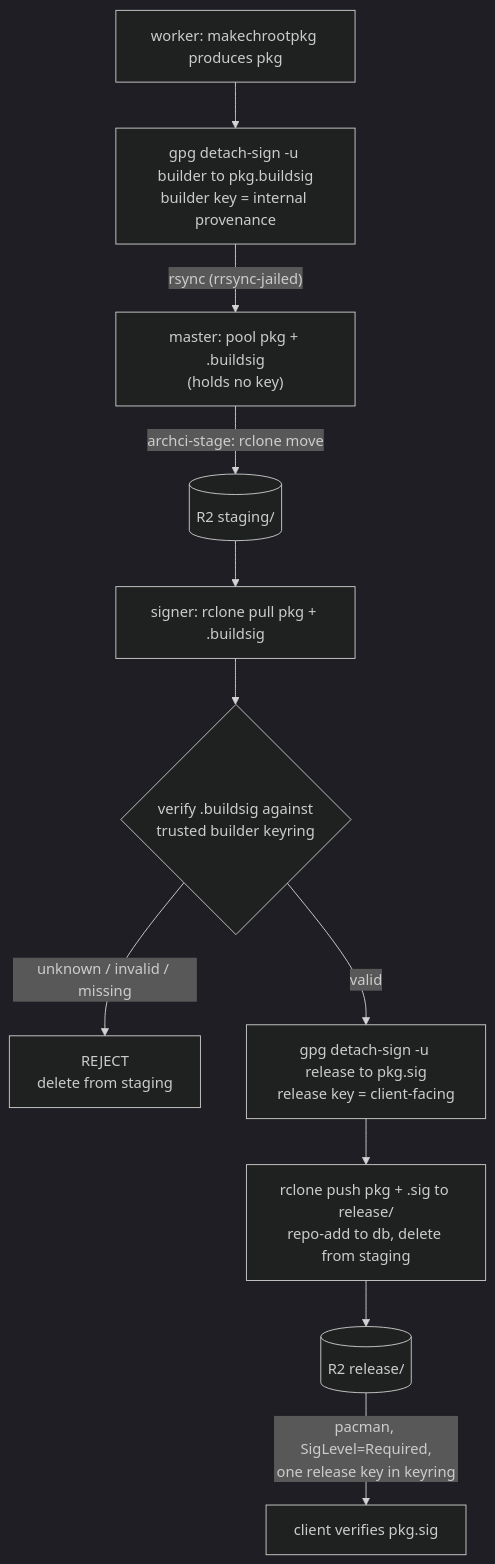
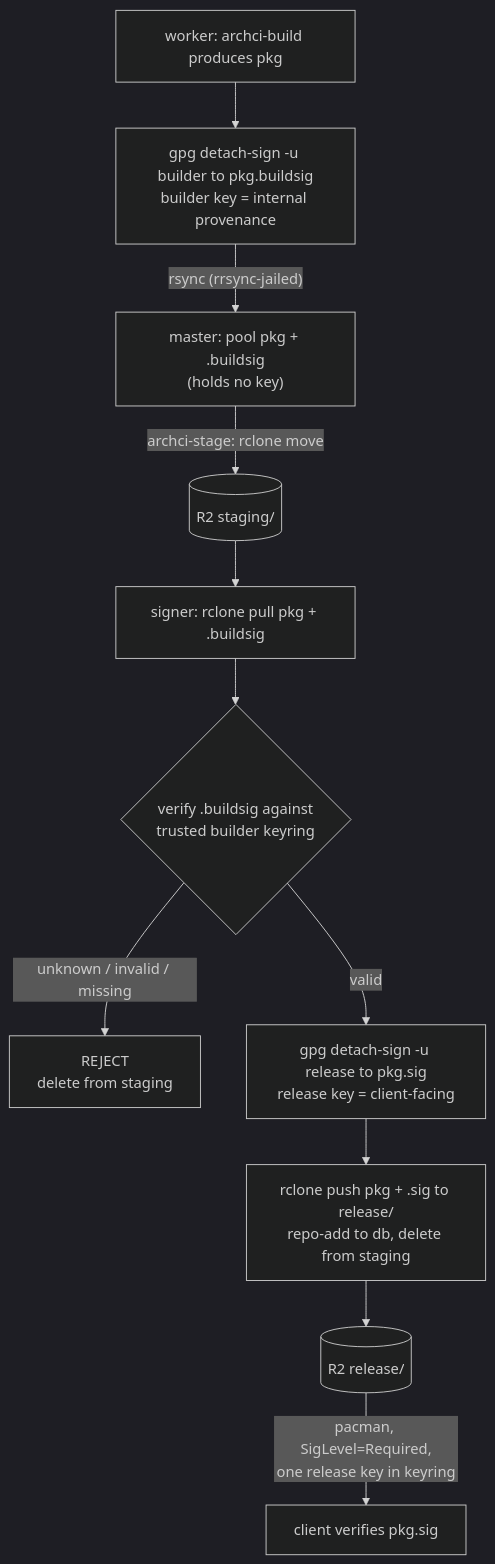
The second of 2 diagrams in README.md (hegjon/archci), drawn with Mermaid (dark theme) before and after one commit. The commit also changed other lines of this file and 13 other files, not shown here.

````diff
--- a/README.md
+++ b/README.md
@@ -245,13 +254,13 @@
 ```mermaid
 flowchart TD
-  A["worker: makechrootpkg produces pkg"] --> B["gpg detach-sign -u builder to pkg.buildsig<br/>builder key = internal provenance"]
+  A["worker: archci-build produces pkg"] --> B["gpg detach-sign -u builder to pkg.buildsig<br/>builder key = internal provenance"]
   B -->|"rsync (rrsync-jailed)"| C["master: pool pkg + .buildsig<br/>(holds no key)"]
   C -->|"archci-stage: rclone move"| D[("R2 staging/")]
   D --> E["signer: rclone pull pkg + .buildsig"]
   E --> F{"verify .buildsig against<br/>trusted builder keyring"}
   F -->|"unknown / invalid / missing"| X["REJECT<br/>delete from staging"]
   F -->|valid| G["gpg detach-sign -u release to pkg.sig<br/>release key = client-facing"]
   G --> H["rclone push pkg + .sig to release/<br/>repo-add to db, delete from staging"]
   H --> I[("R2 release/")]
   I -->|"pacman, SigLevel=Required,<br/>one release key in keyring"| J["client verifies pkg.sig"]
 ```
````
